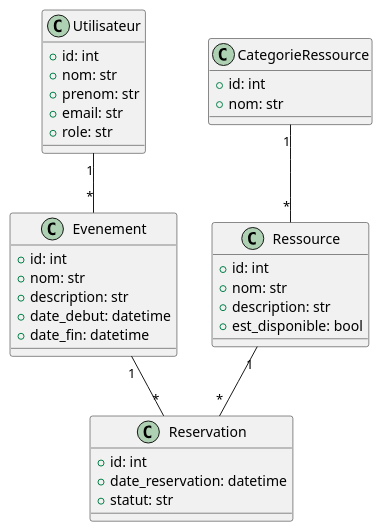
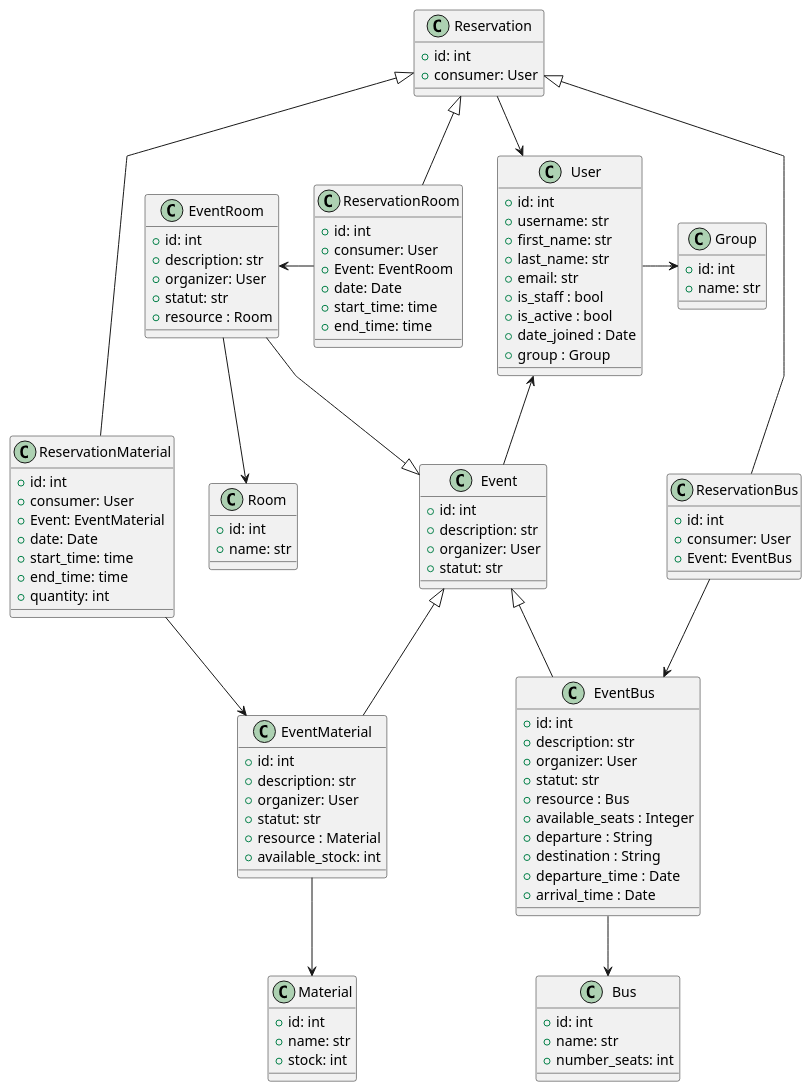
The diagram in docs/diagramme_classes.puml (EL-K-Code/Projet-Conception-Logicielle-Bookit), drawn with PlantUML before and after one commit.

Commit message:
Modification du diagramme de classes

```diff
--- a/docs/diagramme_classes.puml
+++ b/docs/diagramme_classes.puml
@@ -1,43 +1,133 @@
-@startuml
-class Utilisateur {
+@startuml digramme de classes
+
+class Group {
     +id: int
-    +nom: str
-    +prenom: str
-    +email: str
-    +role: str
+    +name: str
 }
 
-class Evenement {
+class User {
     +id: int
-    +nom: str
+    +username: str
+    +first_name: str
+    +last_name: str
+    +email: str
+    +is_staff : bool
+    +is_active : bool
+    +date_joined : Date
+    +group : Group
+}
+
+class Bus {
+    +id: int
+    +name: str
+    +number_seats: int
+}
+
+class Room {
+    +id: int
+    +name: str
+}
+
+class Material {
+    +id: int
+    +name: str
+    +stock: int
+}
+
+class Event {
+    +id: int
     +description: str
-    +date_debut: datetime
-    +date_fin: datetime
+    +organizer: User
+    +statut: str
+}
+
+class EventBus {
+    +id: int
+    +description: str
+    +organizer: User
+    +statut: str
+    +resource : Bus
+    +available_seats : Integer
+    +departure : String
+    +destination : String
+    +departure_time : Date
+    +arrival_time : Date
+}
+
+class EventRoom {
+    +id: int
+    +description: str
+    +organizer: User
+    +statut: str
+    +resource : Room
+}
+
+class EventMaterial {
+    +id: int
+    +description: str
+    +organizer: User
+    +statut: str
+    +resource : Material
+    +available_stock: int
 }
 
 class Reservation {
     +id: int
-    +date_reservation: datetime
-    +statut: str
+    +consumer: User
 }
 
-class CategorieRessource {
+class ReservationBus {
     +id: int
-    +nom: str
-    '+description: str
+    +consumer: User
+    +Event: EventBus
 }
 
-class Ressource {
+class ReservationRoom {
     +id: int
-    +nom: str
-    +description: str
-    +est_disponible: bool
+    +consumer: User
+    +Event: EventRoom
+    +date: Date
+    +start_time: time
+    +end_time: time
 }
+
+class ReservationMaterial {
+    +id: int
+    +consumer: User
+    +Event: EventMaterial
+    +date: Date
+    +start_time: time
+    +end_time: time
+    +quantity: int
+}
+
+'Relations de dépendance
+User -right-> Group
+EventBus --> Bus
+EventRoom --> Room
+EventMaterial --> Material
+ReservationBus --> EventBus
+ReservationRoom -left-> EventRoom
+ReservationMaterial --> EventMaterial
+Event -up-> User
+Reservation --> User
+
+'Héritages évènements
+Event <|-- EventBus
+Event <|-up- EventRoom
+Event <|-- EventMaterial
+
+'Héritages Réservations
+Reservation <|-- ReservationMaterial
+Reservation <|-- ReservationBus
+Reservation <|-- ReservationRoom
+
+skinparam linetype polyline
 
 
 
-CategorieRessource "1" -- "*" Ressource
-Utilisateur "1" -- "*" Evenement 
-Evenement "1" -- "*" Reservation
-Ressource "1" -- "*" Reservation 
+
+'Utilisateur "1" -- "*" Evenement 
+
+
 @enduml
```
